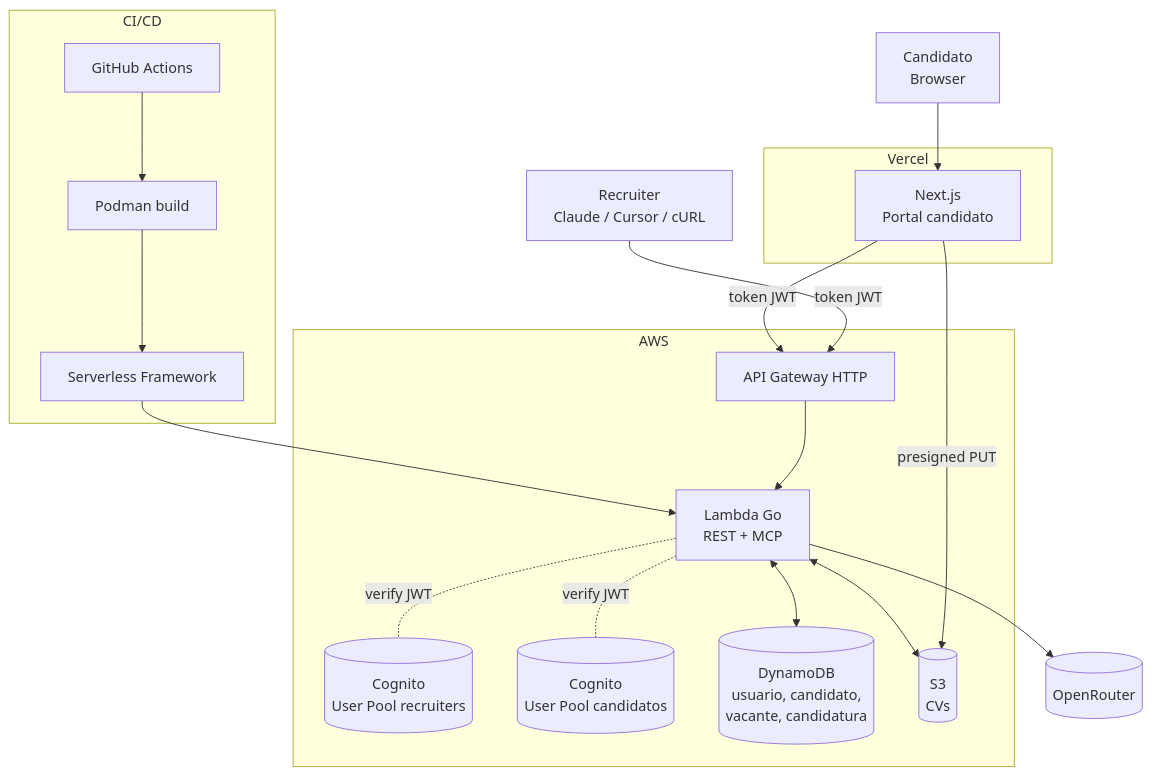
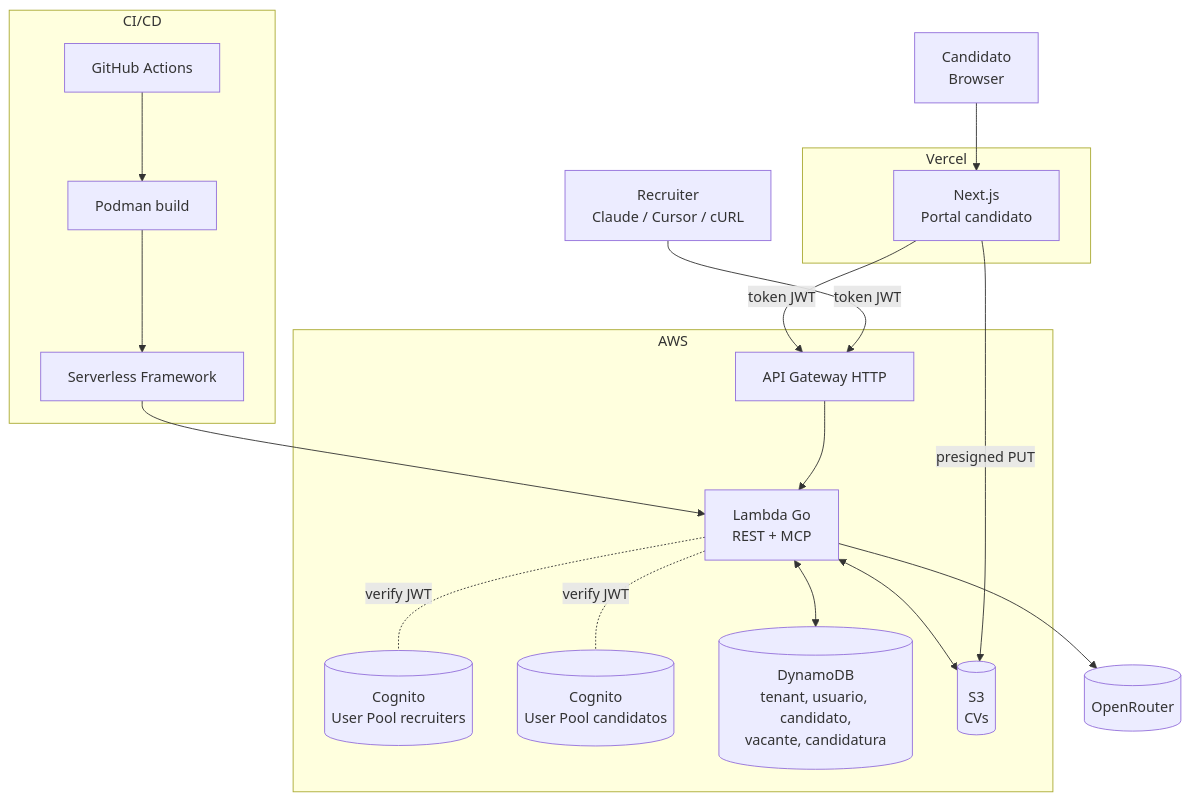
One commit to aldrinleal/AI4Devs-design-1-202602 changed the sixth of 10 diagrams in LTI-AL/LTI-AL.md. Above: the diagram before and after it, drawn with Mermaid. The commit also changed other lines of this file and 1 other file, not shown here.

First line of the commit message:
feat(lti-al): add tenant table with optional webhooks and integrations

````diff
--- a/LTI-AL/LTI-AL.md
+++ b/LTI-AL/LTI-AL.md
@@ -154,38 +159,38 @@
 ```mermaid
 flowchart TB
   R[Recruiter<br/>Claude / Cursor / cURL]
   C[Candidato<br/>Browser]
 
   subgraph VERCEL[Vercel]
     NEXT[Next.js<br/>Portal candidato]
   end
 
   subgraph AWS[AWS]
     COG1[(Cognito<br/>User Pool recruiters)]
     COG2[(Cognito<br/>User Pool candidatos)]
     APIGW[API Gateway HTTP]
     LAMBDA[Lambda Go<br/>REST + MCP]
-    DDB[(DynamoDB<br/>usuario, candidato,<br/>vacante, candidatura)]
+    DDB[(DynamoDB<br/>tenant, usuario, candidato,<br/>vacante, candidatura)]
     S3[(S3<br/>CVs)]
   end
 
   OR[(OpenRouter)]
 
   R -- token JWT --> APIGW
   NEXT -- token JWT --> APIGW
   C --> NEXT
   NEXT -- presigned PUT --> S3
   APIGW --> LAMBDA
   LAMBDA <--> DDB
   LAMBDA <--> S3
   LAMBDA --> OR
   LAMBDA -. verify JWT .- COG1
   LAMBDA -. verify JWT .- COG2
 
   subgraph CI[CI/CD]
     GH[GitHub Actions]
     POD[Podman build]
     SLS[Serverless Framework]
   end
   GH --> POD --> SLS --> LAMBDA
 ```
````
